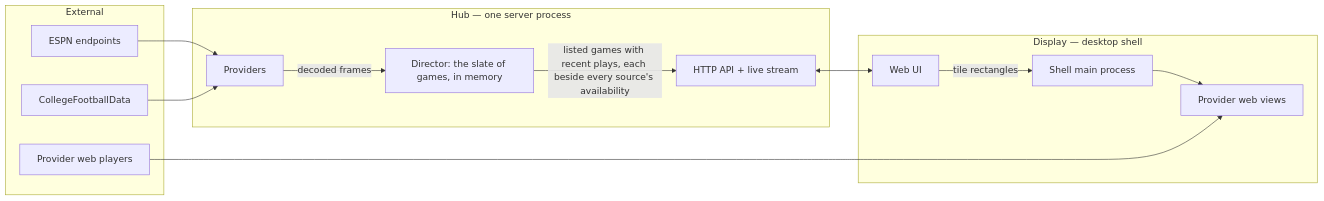
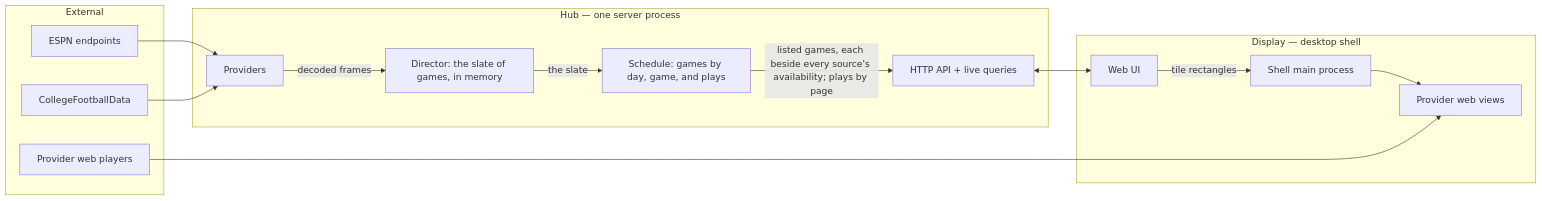
Before and after one commit to Chazzychouse/sportal: the diagram in docs/technical-spec.md, drawn with Mermaid. The commit also changed other lines of this file and 67 other files, not shown here.

````diff
--- a/docs/technical-spec.md
+++ b/docs/technical-spec.md
@@ -56,28 +56,30 @@
 ```mermaid
 flowchart LR
   subgraph ext[External]
     espn[ESPN endpoints]
     cfbd[CollegeFootballData]
     yttv[Provider web players]
   end
 
   subgraph hub[Hub — one server process]
     prov[Providers]
     director[Director: the slate of games, in memory]
-    api[HTTP API + live stream]
+    schedule[Schedule: games by day, game, and plays]
+    api[HTTP API + live queries]
   end
 
   subgraph display[Display — desktop shell]
     ui1[Web UI]
     main[Shell main process]
     views[Provider web views]
   end
 
   espn --> prov
   cfbd --> prov
   prov -- decoded frames --> director
-  director -- listed games with recent plays, each beside every source's availability --> api
+  director -- the slate --> schedule
+  schedule -- listed games, each beside every source's availability; plays by page --> api
   api <--> ui1
   ui1 -- tile rectangles --> main --> views
   yttv --> views
 ```
````
